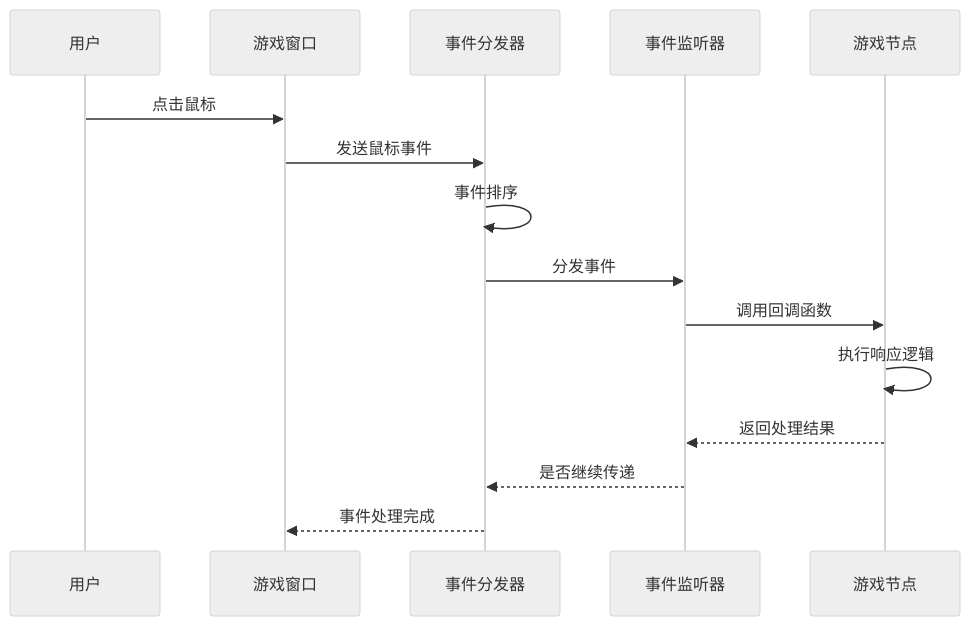
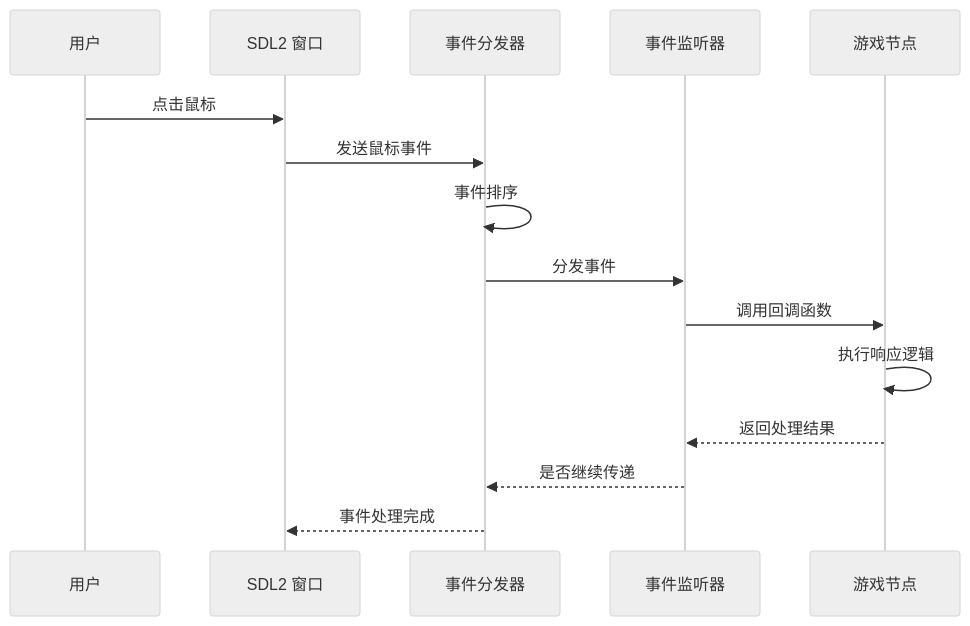
One commit to ChestnutYueyue/Easy2D changed diagram 13 of 16 in README.md. Above: the diagram before and after it, drawn with Mermaid (neutral theme). The commit also changed other lines of this file and 2 other files, not shown here.

````diff
--- a/README.md
+++ b/README.md
@@ -593,18 +761,18 @@
 ```mermaid
 sequenceDiagram
     participant User as 用户
-    participant Window as 游戏窗口
+    participant Window as SDL2 窗口
     participant Dispatcher as 事件分发器
     participant Listener as 事件监听器
     participant Node as 游戏节点
 
     User->>Window: 点击鼠标
     Window->>Dispatcher: 发送鼠标事件
     Dispatcher->>Dispatcher: 事件排序
     Dispatcher->>Listener: 分发事件
     Listener->>Node: 调用回调函数
     Node->>Node: 执行响应逻辑
     Node-->>Listener: 返回处理结果
     Listener-->>Dispatcher: 是否继续传递
     Dispatcher-->>Window: 事件处理完成
 ```
````
